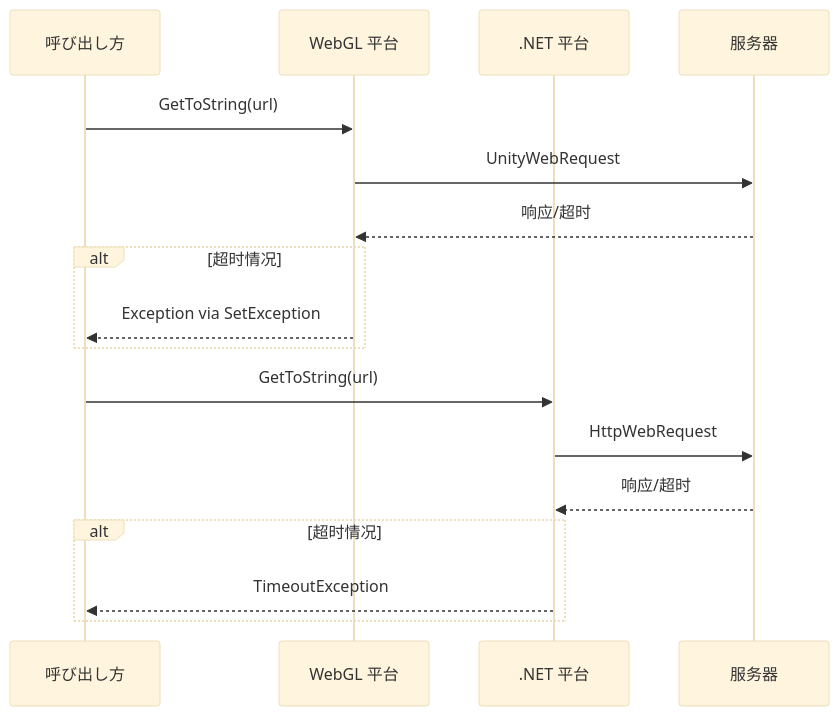
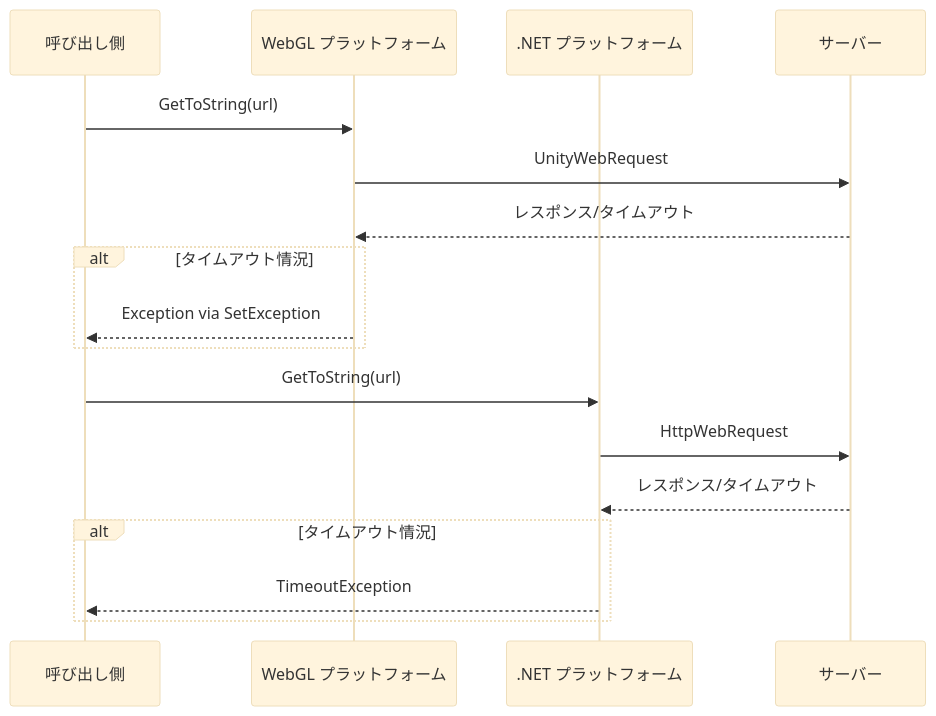
The second of 2 diagrams in docs/ja/client/unity/component/web/09.platform-differences.md (AlianBlank/GameFrameX.Docs), drawn with Mermaid (base theme) before and after one commit. The commit also changed other lines of this file and 320 other files, not shown here.

````diff
--- a/docs/ja/client/unity/component/web/09.platform-differences.md
+++ b/docs/ja/client/unity/component/web/09.platform-differences.md
@@ -170,21 +170,21 @@
 ```mermaid
 sequenceDiagram
-    participant Client as 呼び出し方
-    participant WebGL as WebGL 平台
-    participant Net as .NET 平台
-    participant SRV as 服务器
+    participant Client as 呼び出し側
+    participant WebGL as WebGL プラットフォーム
+    participant Net as .NET プラットフォーム
+    participant SRV as サーバー
 
     Client->>WebGL: GetToString(url)
     WebGL->>SRV: UnityWebRequest
-    SRV-->>WebGL: 响应/超时
-    alt 超时情况
+    SRV-->>WebGL: レスポンス/タイムアウト
+    alt タイムアウト情況
         WebGL-->>Client: Exception via SetException
     end
 
     Client->>Net: GetToString(url)
     Net->>SRV: HttpWebRequest
-    SRV-->>Net: 响应/超时
-    alt 超时情况
+    SRV-->>Net: レスポンス/タイムアウト
+    alt タイムアウト情況
         Net-->>Client: TimeoutException
     end
 ```
````
